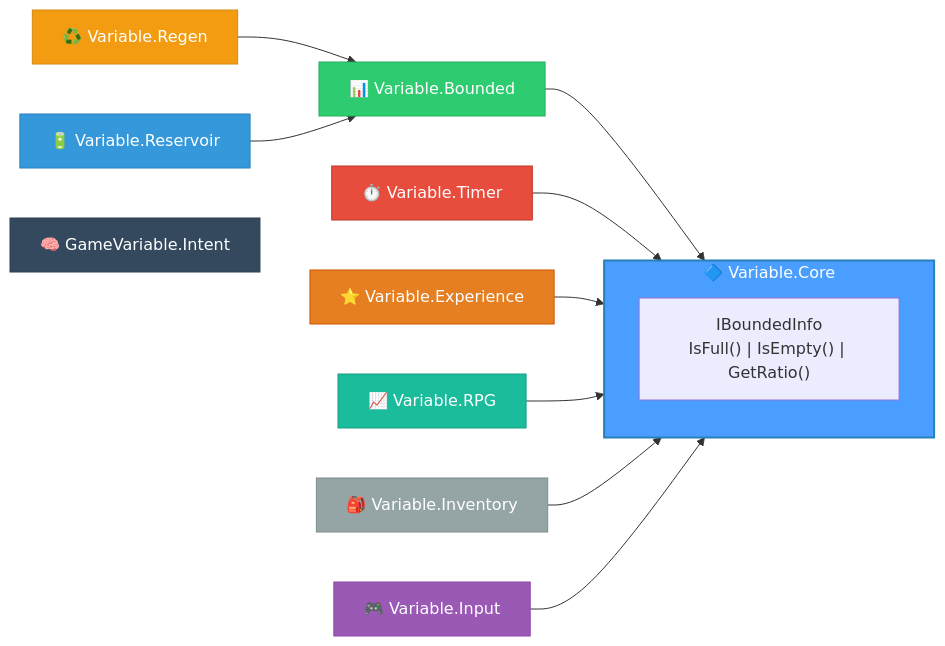
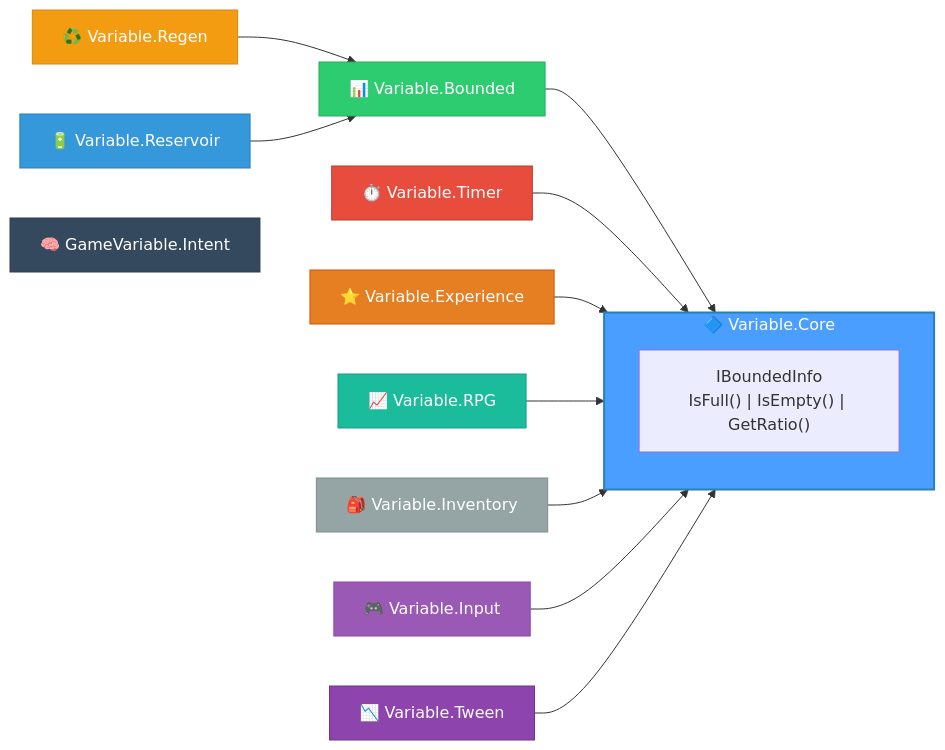
The diagram in README.md (IAFahim/GameVariable), drawn with Mermaid before and after one commit. The commit also changed other lines of this file and 10 other files, not shown here.

First line of the commit message:
Add Variable.Tween package for zero-allocation tweening

````diff
--- a/README.md
+++ b/README.md
@@ -134,27 +134,29 @@
 ```mermaid
 graph LR
     subgraph Core["🔷 Variable.Core"]
         IBoundedInfo["IBoundedInfo<br/>IsFull() | IsEmpty() | GetRatio()"]
     end
     
     Bounded["📊 Variable.Bounded"] --> Core
     Timer["⏱️ Variable.Timer"] --> Core
     Regen["♻️ Variable.Regen"] --> Bounded
     Reservoir["🔋 Variable.Reservoir"] --> Bounded
     Experience["⭐ Variable.Experience"] --> Core
     RPG["📈 Variable.RPG"] --> Core
     Inventory["🎒 Variable.Inventory"] --> Core
     Input["🎮 Variable.Input"] --> Core
+    Tween["📉 Variable.Tween"] --> Core
     Intent["🧠 GameVariable.Intent"]
     
     style Core fill:#4a9eff,stroke:#2980b9,stroke-width:2px,color:#fff
     style Bounded fill:#2ecc71,stroke:#27ae60,color:#fff
     style Timer fill:#e74c3c,stroke:#c0392b,color:#fff
     style Regen fill:#f39c12,stroke:#d68910,color:#fff
     style Reservoir fill:#3498db,stroke:#2980b9,color:#fff
     style Experience fill:#e67e22,stroke:#d35400,color:#fff
     style RPG fill:#1abc9c,stroke:#16a085,color:#fff
     style Inventory fill:#95a5a6,stroke:#7f8c8d,color:#fff
     style Input fill:#9b59b6,stroke:#8e44ad,color:#fff
+    style Tween fill:#8e44ad,stroke:#6c3483,color:#fff
     style Intent fill:#34495e,stroke:#2c3e50,color:#fff
 ```
````
